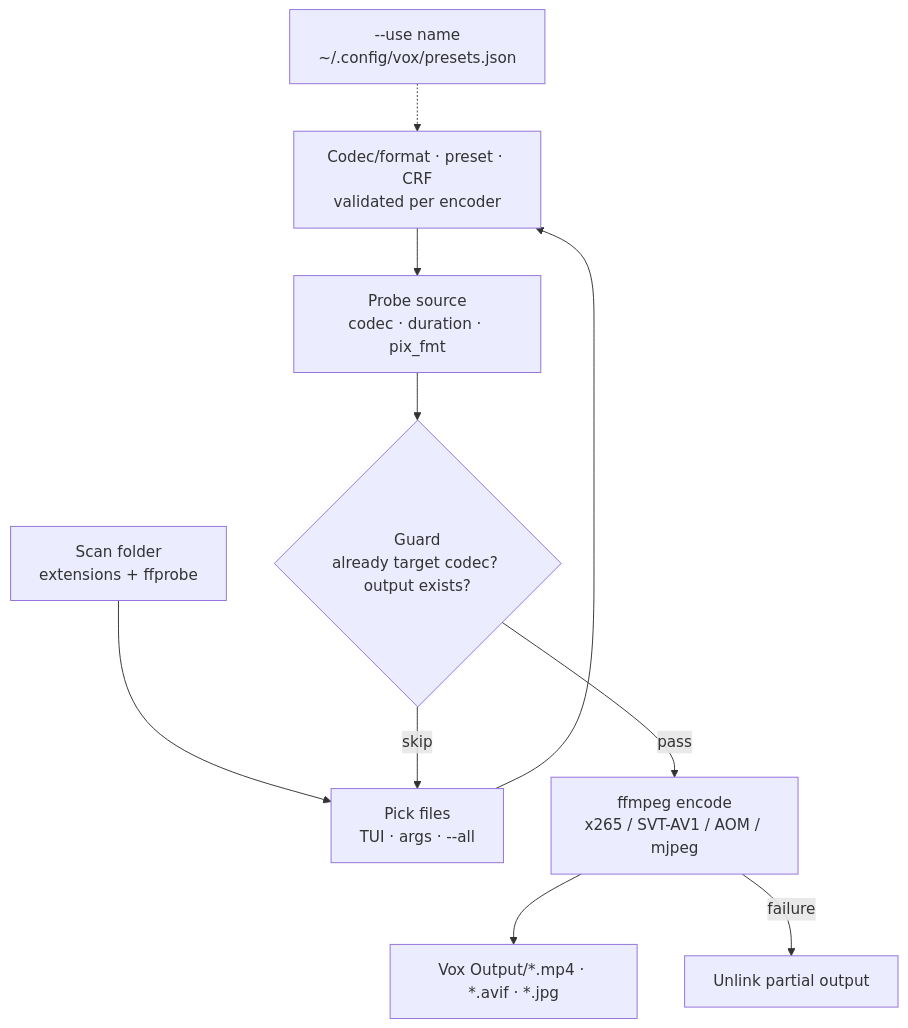
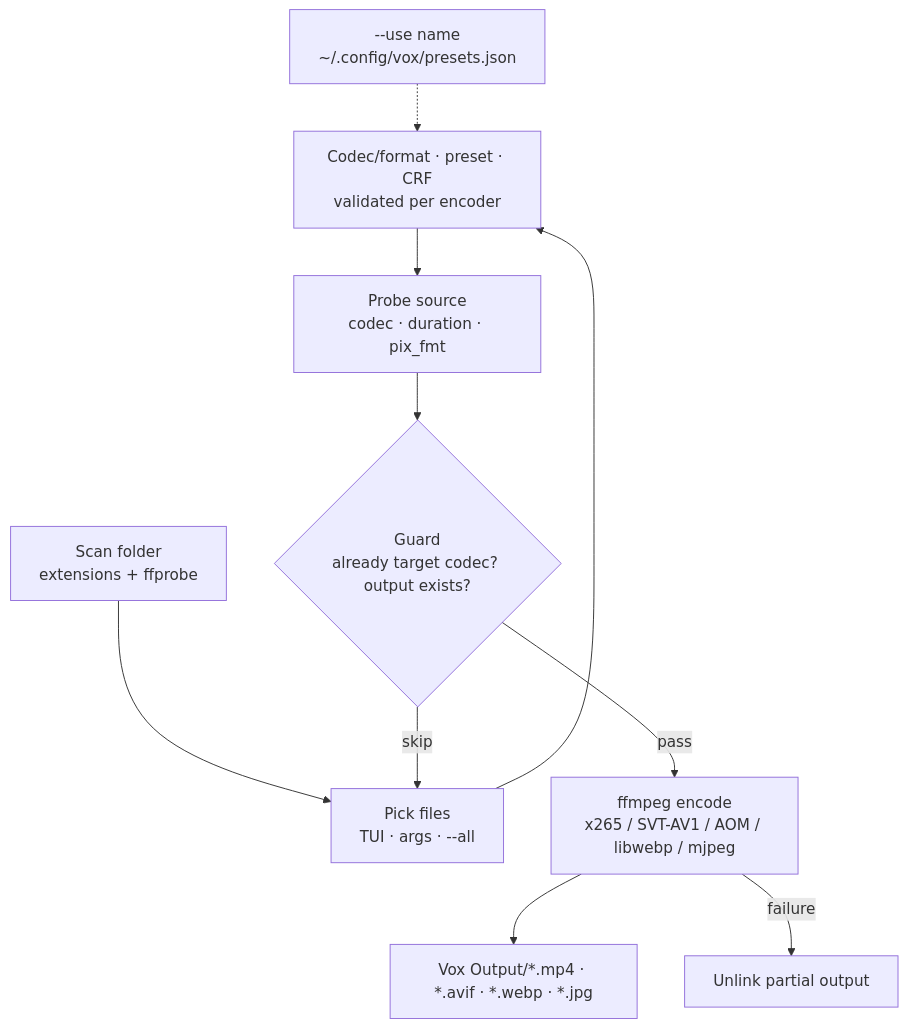
Before and after one commit to FirozChauhan/ArchUtils: the diagram in Vox/README.md, drawn with Mermaid. The commit also changed other lines of this file and 7 other files, not shown here.

````diff
--- a/Vox/README.md
+++ b/Vox/README.md
@@ -124,12 +126,12 @@
 ```mermaid
 flowchart TD
     P[--use name<br/>~/.config/vox/presets.json] -.-> C
     A[Scan folder<br/>extensions + ffprobe] --> B[Pick files<br/>TUI · args · --all]
     B --> C[Codec/format · preset · CRF<br/>validated per encoder]
     C --> D[Probe source<br/>codec · duration · pix_fmt]
     D --> E{Guard<br/>already target codec? output exists?}
     E -- skip --> B
-    E -- pass --> F[ffmpeg encode<br/>x265 / SVT-AV1 / AOM / mjpeg]
-    F --> G[Vox Output/*.mp4 · *.avif · *.jpg]
+    E -- pass --> F[ffmpeg encode<br/>x265 / SVT-AV1 / AOM / libwebp / mjpeg]
+    F --> G[Vox Output/*.mp4 · *.avif · *.webp · *.jpg]
     F -- failure --> H[Unlink partial output]
 ```
````
